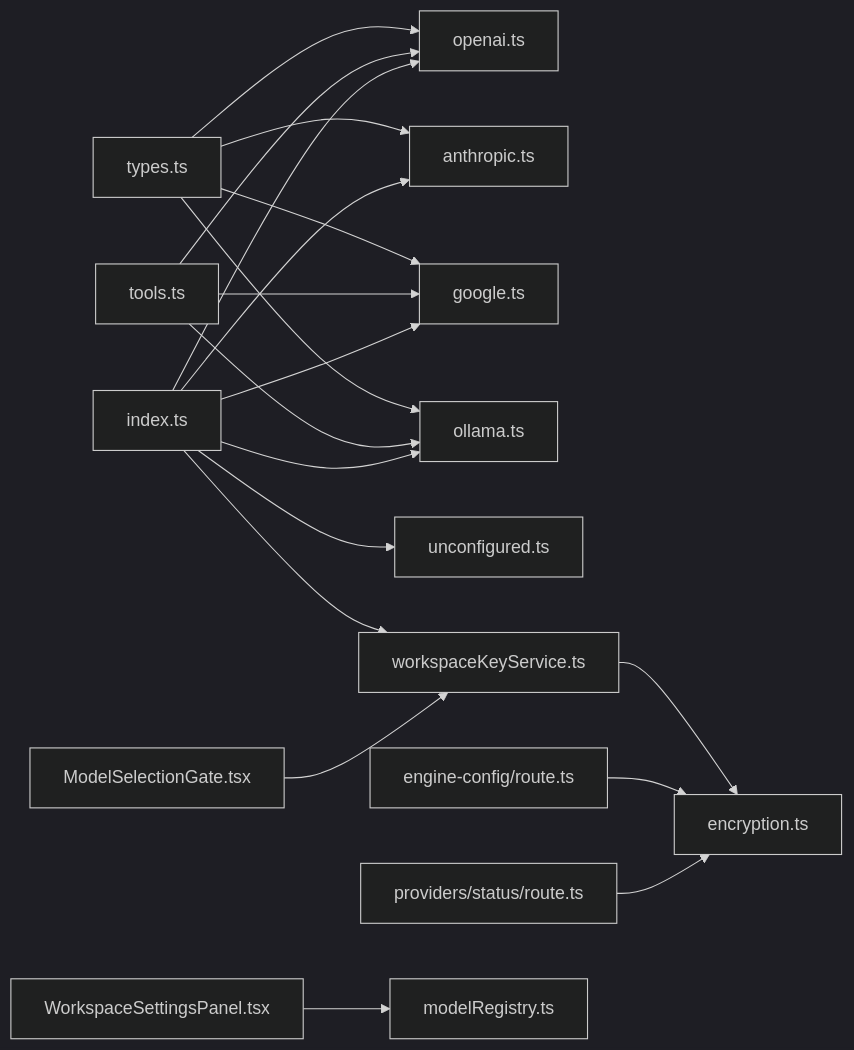
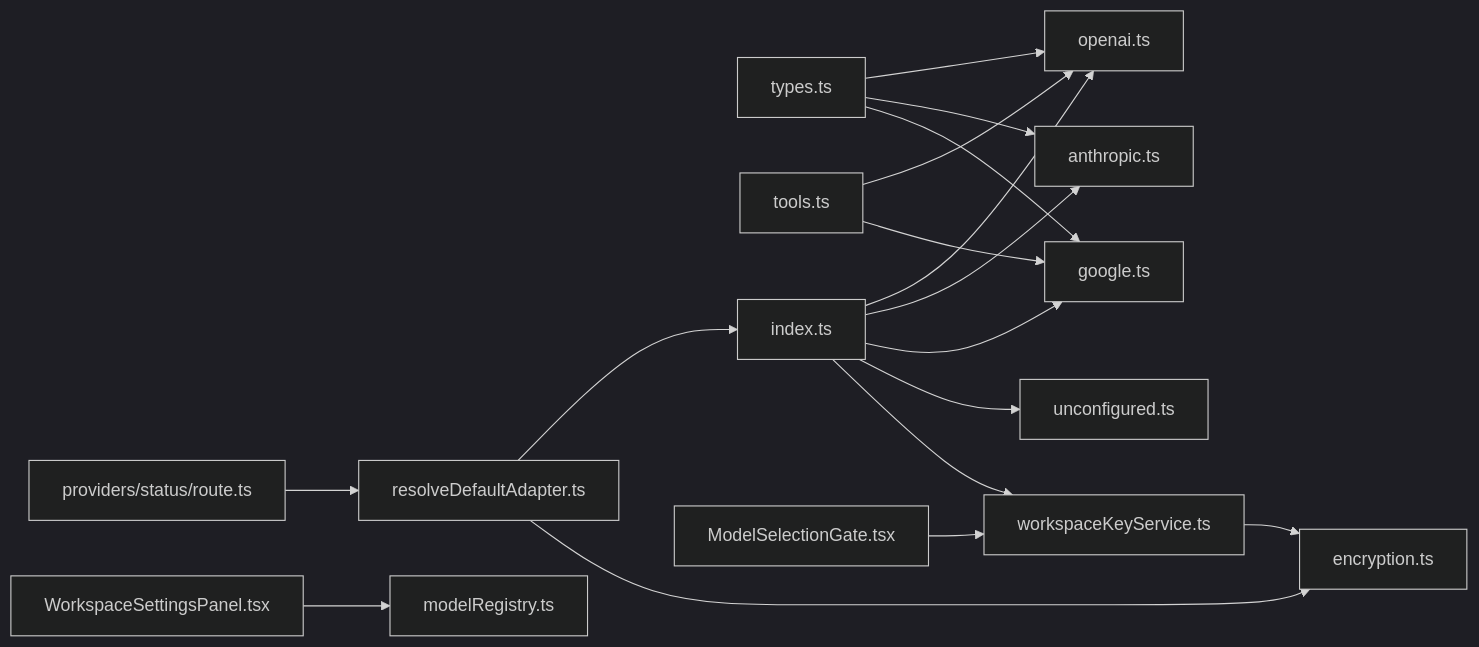
One commit to shekhargiri005-dotcom/AI-powered-accessibility-first-UI-engine changed the ninth of 9 diagrams in .qoder/repowiki/en/content/AI Generation Engine/AI Provider Adapters/AI Provider Adapters.md. Above: the diagram before and after it, drawn with Mermaid (dark theme). The commit also changed other lines of this file and 20 other files, not shown here.

````diff
--- a/.qoder/repowiki/en/content/AI Generation Engine/AI Provider Adapters/AI Provider Adapters.md
+++ b/.qoder/repowiki/en/content/AI Generation Engine/AI Provider Adapters/AI Provider Adapters.md
@@ -524,21 +554,19 @@
 ```mermaid
 graph LR
 TYPES["types.ts"] --> OA["openai.ts"]
 TYPES --> AA["anthropic.ts"]
 TYPES --> GA["google.ts"]
-TYPES --> OLA["ollama.ts"]
 TOOLS["tools.ts"] --> OA
 TOOLS --> GA
-TOOLS --> OLA
 IDX["index.ts"] --> OA
 IDX --> AA
 IDX --> GA
-IDX --> OLA
 IDX --> UNC["unconfigured.ts"]
 IDX --> WKS["workspaceKeyService.ts"]
-WKS --> ENC["encryption.ts"]
-API["engine-config/route.ts"] --> ENC
-PSTATUS["providers/status/route.ts"] --> ENC
+RDA["resolveDefaultAdapter.ts"] --> IDX
+RDA --> ENC["encryption.ts"]
+WKS --> ENC
+API["providers/status/route.ts"] --> RDA
 MSG["ModelSelectionGate.tsx"] --> WKS
 WSP["WorkspaceSettingsPanel.tsx"] --> MR["modelRegistry.ts"]
 ```
````
